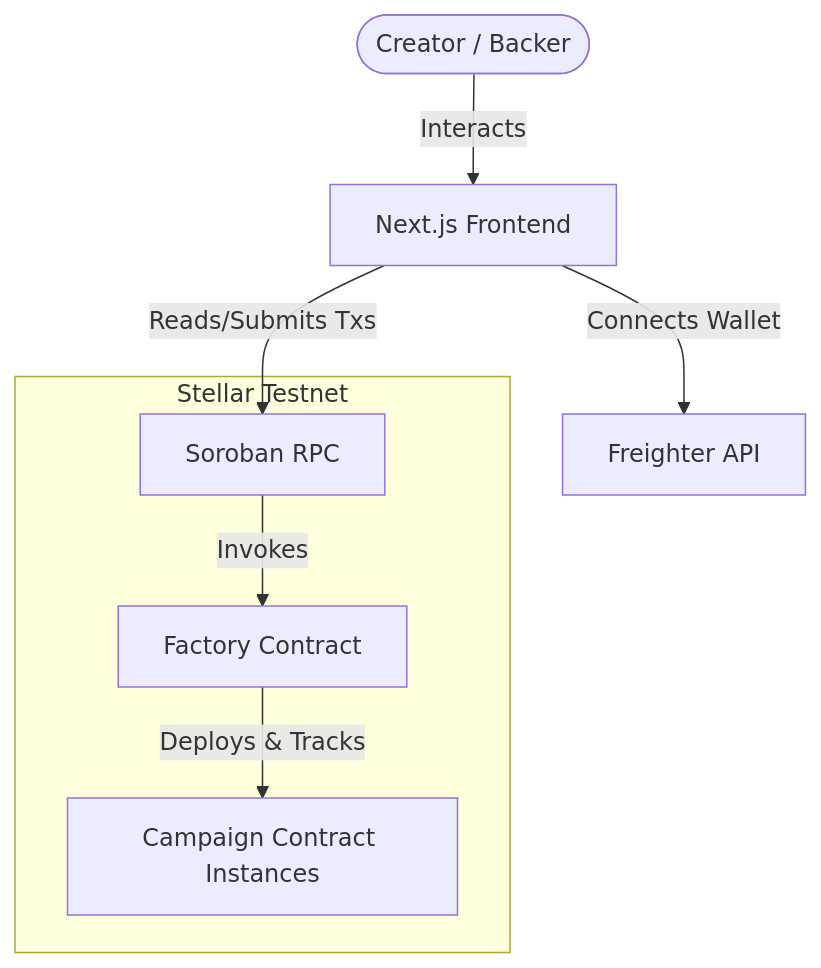
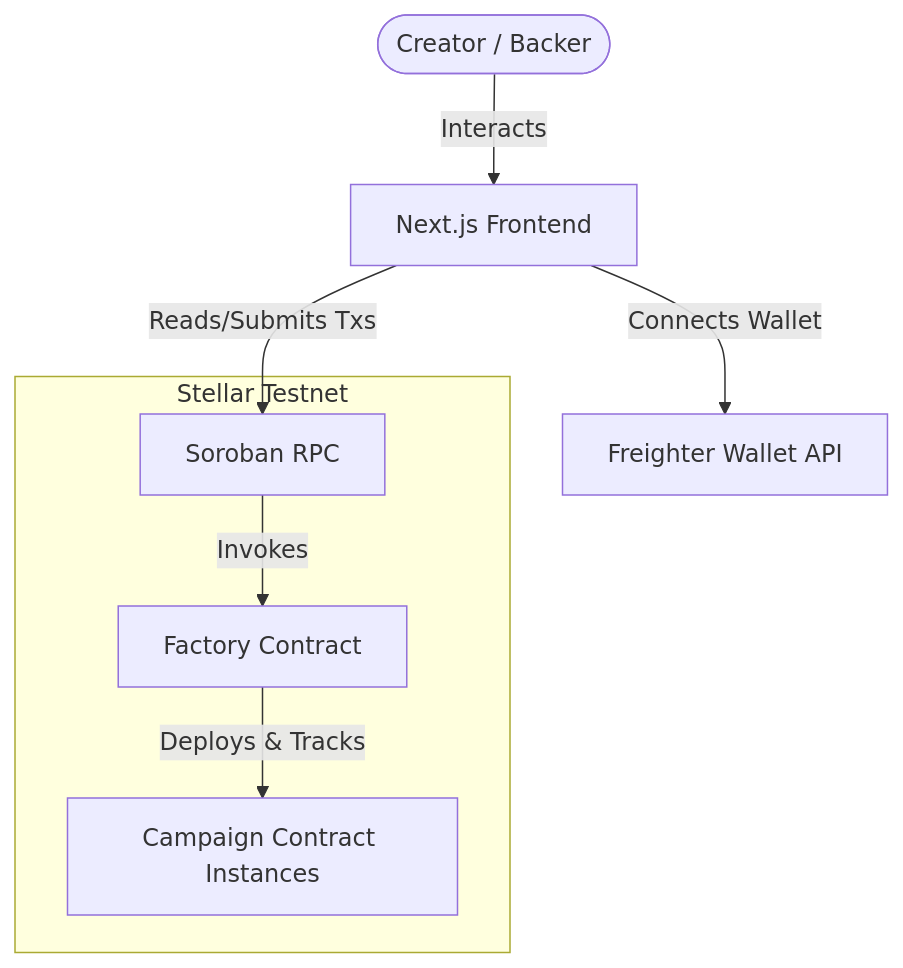
One commit to late-cat/NovaFund changed the first of 2 diagrams in README.md. Above: the diagram before and after it, drawn with Mermaid. The commit also changed other lines of this file, not shown here.

````diff
--- a/README.md
+++ b/README.md
@@ -93,11 +110,11 @@
 ```mermaid
 graph TD
     User([Creator / Backer]) -->|Interacts| UI[Next.js Frontend]
-    UI -->|Connects Wallet| SWK[Freighter API]
+    UI -->|Connects Wallet| Freighter[Freighter Wallet API]
     UI -->|Reads/Submits Txs| RPC[Soroban RPC]
     
     subgraph Stellar Network [Stellar Testnet]
         RPC -->|Invokes| ContractA[Factory Contract]
         ContractA -->|Deploys & Tracks| ContractB[Campaign Contract Instances]
     end
 ```
````
